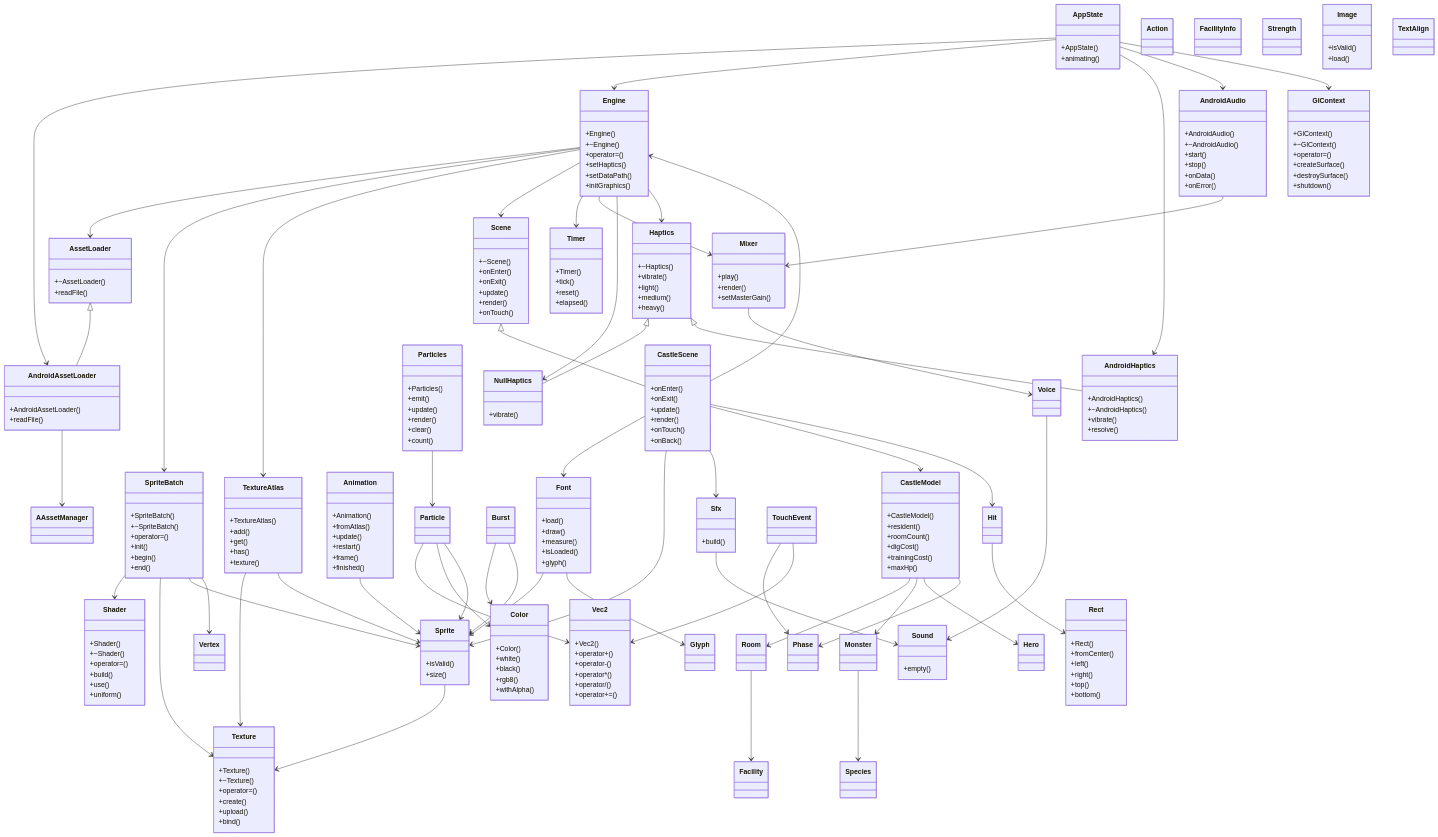
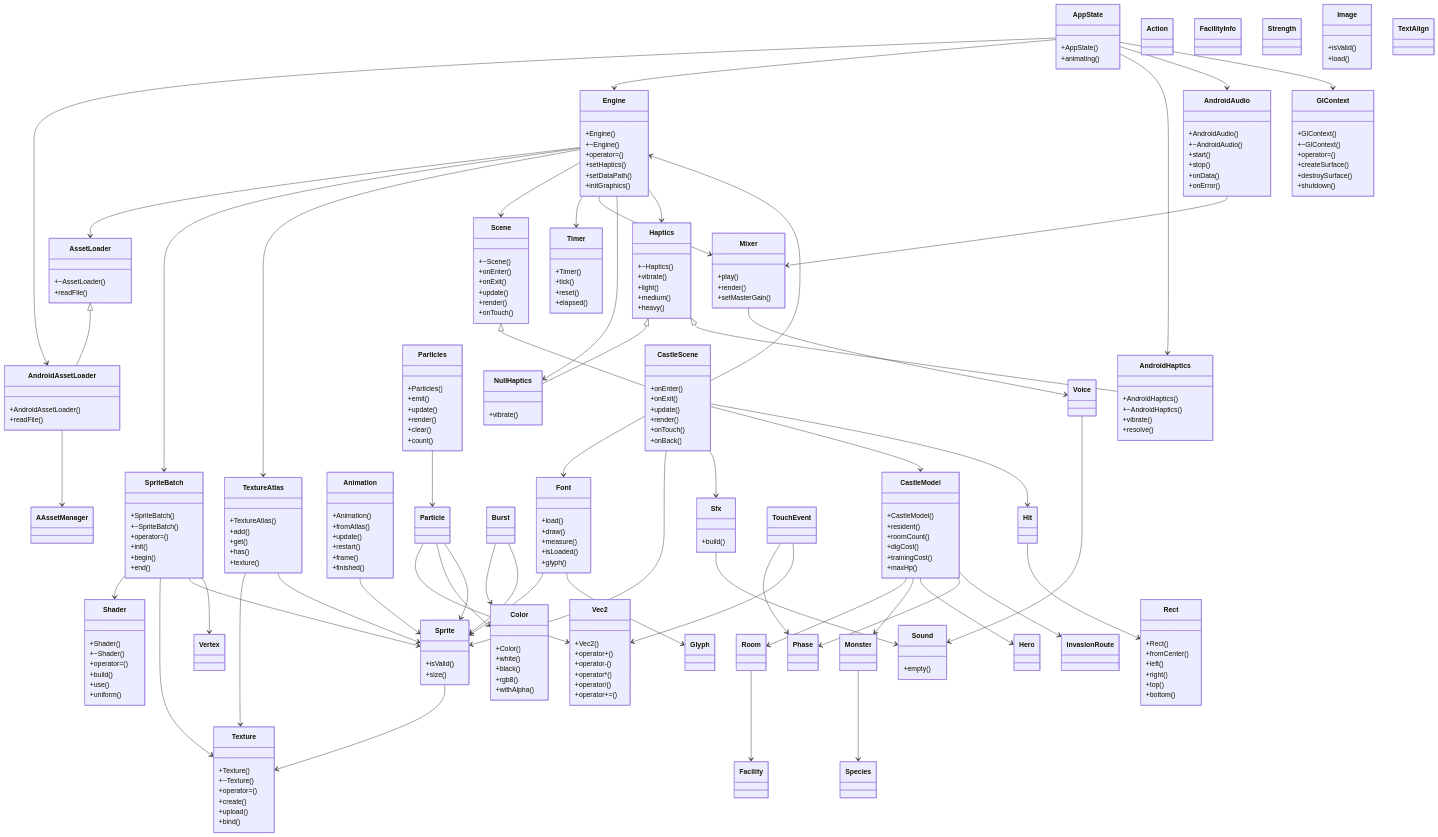
The diagram in docs/sdd/diagrams/class_overview.mmd (TTolsun/mini-game-heaven), drawn with Mermaid before and after one commit. The commit also changed 29 other files, not shown here.

Commit message:
Add editable castle passages and route-driven defense

```diff
--- a/docs/sdd/diagrams/class_overview.mmd
+++ b/docs/sdd/diagrams/class_overview.mmd
@@ -31,6 +31,8 @@
     class FacilityInfo {
     }
     class Hero {
+    }
+    class InvasionRoute {
     }
     class Monster {
     }
@@ -252,6 +254,7 @@
     CastleModel --> Monster
     CastleModel --> Hero
     CastleModel --> Phase
+    CastleModel --> InvasionRoute
     CastleScene --> Engine
     CastleScene --> Font
     CastleScene --> Sprite
```
